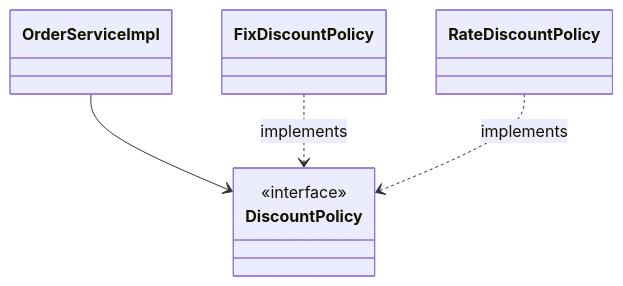
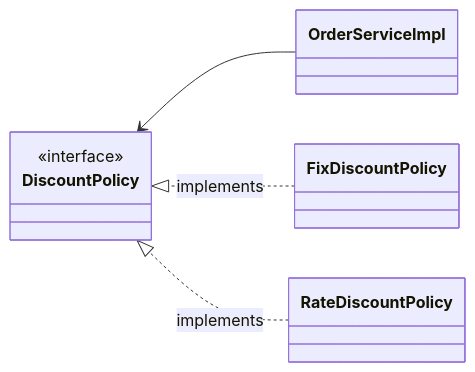
Before and after one commit to choiexe1/blog: the first of 2 diagrams in content/Resources/프로그래밍/Java/3. Spring/1. 기본/스프링 핵심 원리 1. 예제 만들기.md, drawn with Mermaid. The commit also changed other lines of this file, not shown here.

````diff
--- a/content/Resources/프로그래밍/Java/3. Spring/1. 기본/스프링 핵심 원리 1. 예제 만들기.md
+++ b/content/Resources/프로그래밍/Java/3. Spring/1. 기본/스프링 핵심 원리 1. 예제 만들기.md
@@ -221,11 +221,11 @@
 ```mermaid
 classDiagram-v2
-direction TB
+direction RL
 class OrderServiceImpl
 class FixDiscountPolicy
 class RateDiscountPolicy
 class DiscountPolicy { <<interface>> }
 OrderServiceImpl --> DiscountPolicy 
-FixDiscountPolicy ..> DiscountPolicy : implements 
-RateDiscountPolicy ..> DiscountPolicy : implements
+FixDiscountPolicy ..|> DiscountPolicy : implements 
+RateDiscountPolicy ..|> DiscountPolicy : implements
 ```
````
